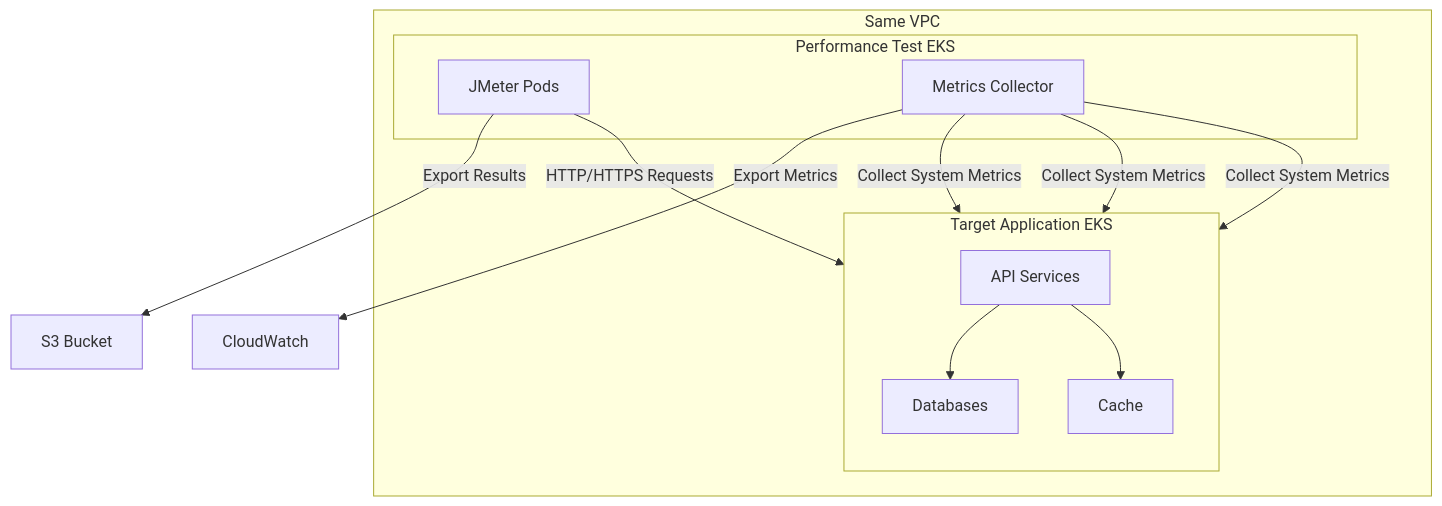
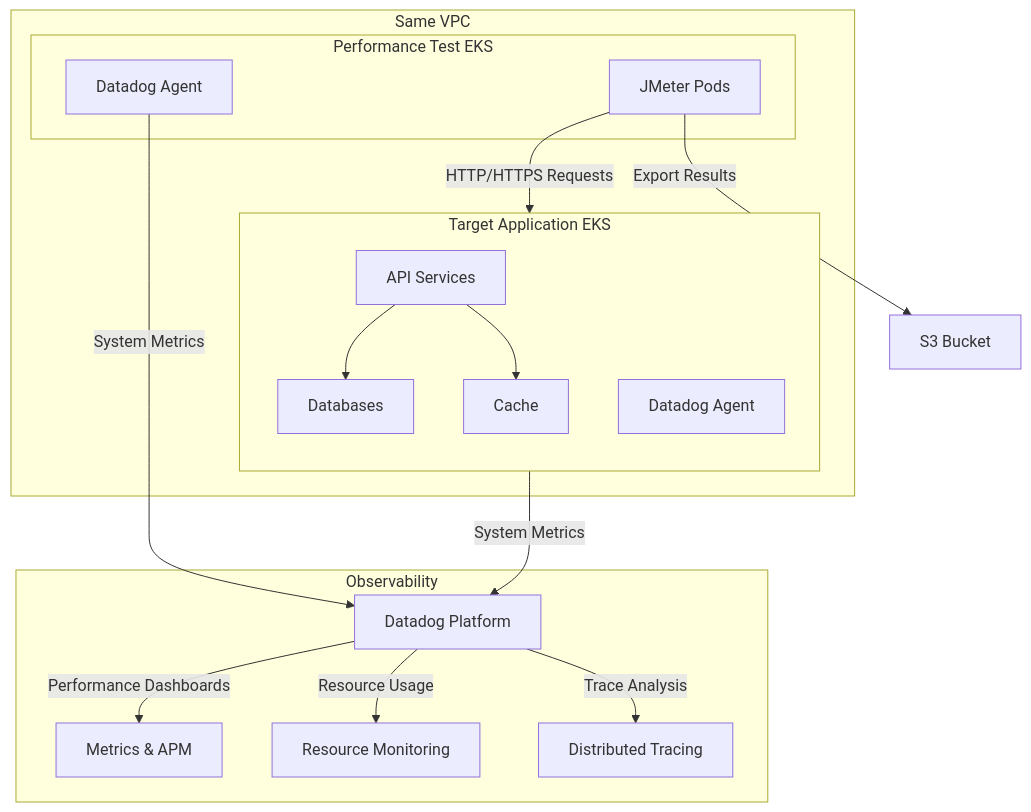
One commit to henryrestive/infra-docs changed the second of 2 diagrams in Rosterfy/Performance-Test-EKS.md. Above: the diagram before and after it, drawn with Mermaid.

Commit message:
Adding Datadog as metric collector

````diff
--- a/Rosterfy/Performance-Test-EKS.md
+++ b/Rosterfy/Performance-Test-EKS.md
@@ -34,26 +34,31 @@
 ```mermaid
 flowchart TD
     subgraph VPC["Same VPC"]
         subgraph "Performance Test EKS"
             JMeter["JMeter Pods"]
-            Metrics["Metrics Collector"]
+            DD1["Datadog Agent"]
         end
 
         subgraph "Target Application EKS"
             direction TB
             API["API Services"]
             DB["Databases"]
             Cache["Cache"]
+            DD2["Datadog Agent"]
             API --> DB
             API --> Cache
         end
 
         JMeter -->|"HTTP/HTTPS Requests"| API
-        Metrics -->|"Collect System Metrics"| API
-        Metrics -->|"Collect System Metrics"| DB
-        Metrics -->|"Collect System Metrics"| Cache
     end
 
+    DD1 -->|"System Metrics"| Datadog["Datadog Platform"]
+    DD2 -->|"System Metrics"| Datadog
     JMeter -->|"Export Results"| S3["S3 Bucket"]
-    Metrics -->|"Export Metrics"| CloudWatch["CloudWatch"]
+    
+    subgraph "Observability"
+        Datadog -->|"Performance Dashboards"| Metrics["Metrics & APM"]
+        Datadog -->|"Resource Usage"| Resources["Resource Monitoring"]
+        Datadog -->|"Trace Analysis"| Traces["Distributed Tracing"]
+    end
 ```
````
